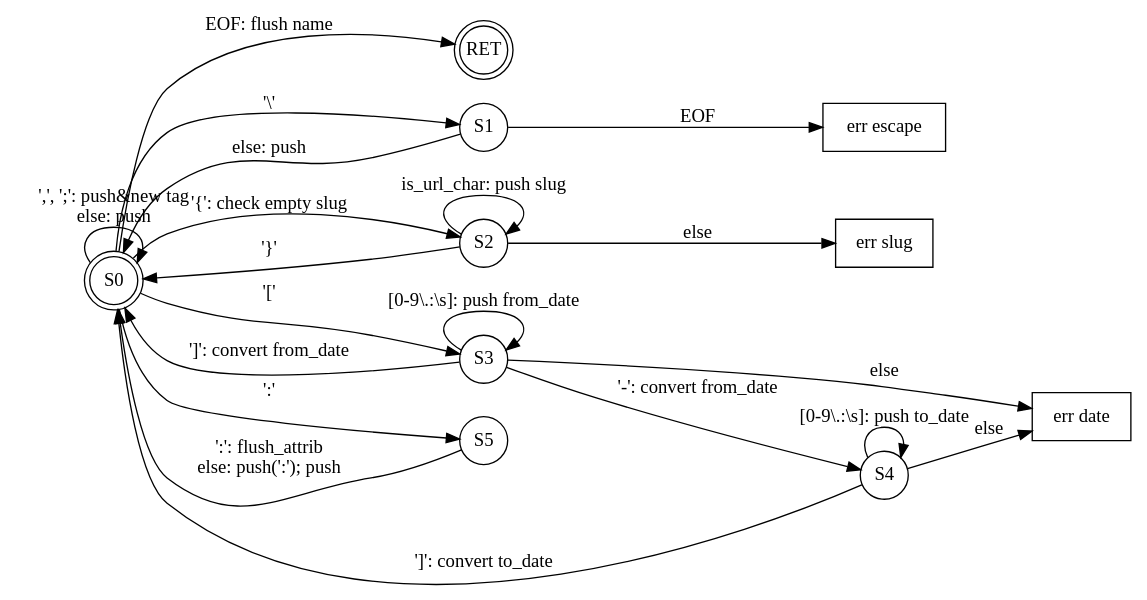
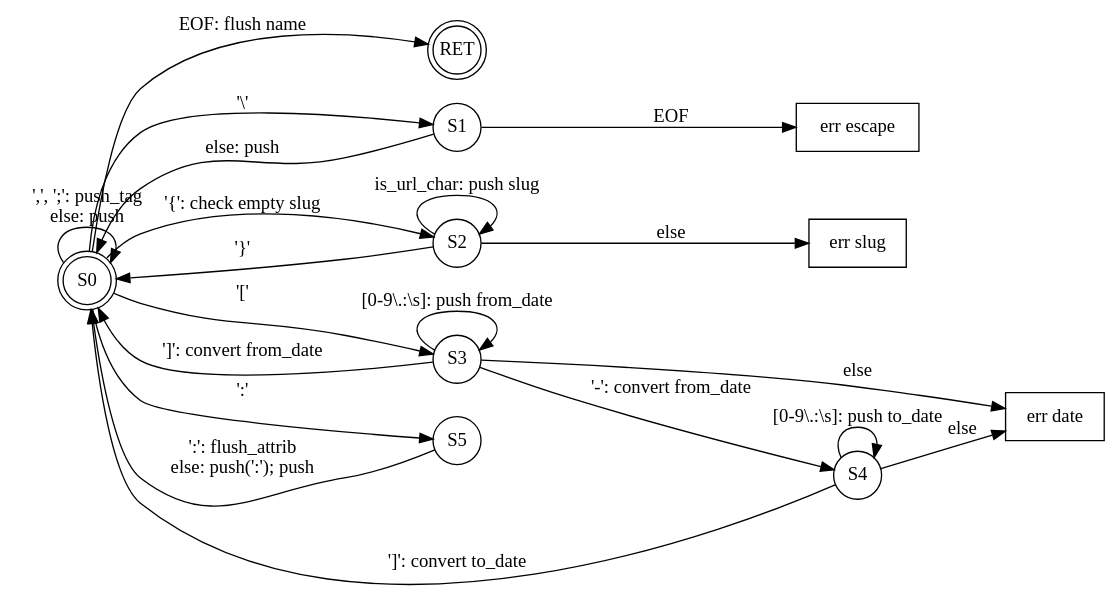
One commit to langpavel/django-advanced_tags changed the diagram in advanced_tags/doc/automaton.gv. Above: the diagram before and after it, drawn with Graphviz. The commit also changed 13 other files, not shown here.

```diff
--- a/advanced_tags/doc/automaton.gv
+++ b/advanced_tags/doc/automaton.gv
@@ -1,36 +1,36 @@
 digraph tag_state_machine {
 	rankdir=LR;
 	node [fixedsize=true, width=0.5, height=0.5];
 	node [shape = doublecircle]; S0; RET;
 	node [shape = circle]; S1; S2; S3; S4; S5;
 
 	node [shape = rectangle, fixedsize=false];
 	E0 [label = "err escape"];
 	E1 [label = "err slug"];
 	E2 [label = "err date"];
 
 	S0 -> S1 [ label = "'\\'" ];
 	S0 -> S2 [ label = "'{': check empty slug" ];
 	S0 -> S3 [ label = "'['" ];
 	S0 -> S5 [ label = "':'"];
-	S0 -> S0 [ label = "',', ';': push&new tag\nelse: push" ];
+	S0 -> S0 [ label = "',', ';': push_tag\nelse: push" ];
 	S0 -> RET [ label = "EOF: flush name" ];
 
 	S1 -> E0 [ label = "EOF" ];
 	S1 -> S0 [ label = "else: push" ];
 	
 	S2 -> S2 [ label = "is_url_char: push slug" ];
 	S2 -> S0 [ label = "'}'" ];
 	S2 -> E1 [ label = "else"];
 
 	S3 -> S3 [ label = "[0-9\\.:\\s]: push from_date" ]
 	S3 -> S4 [ label = "'-': convert from_date" ]
 	S3 -> S0 [ label = "']': convert from_date" ]
 	S3 -> E2 [ label = "else" ];
 
 	S4 -> S4 [ label = "[0-9\\.:\\s]: push to_date" ];
 	S4 -> S0 [ label = "']': convert to_date" ]
 	S4 -> E2 [ label = "else" ];
 	
 	S5 -> S0 [ label = "':': flush_attrib\nelse: push(':'); push" ]
 }
```
